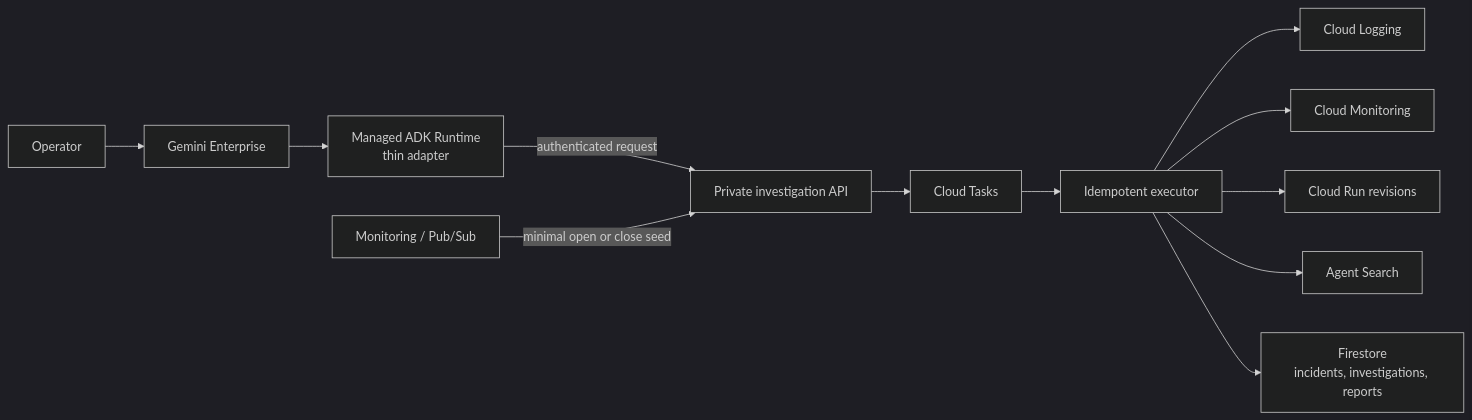
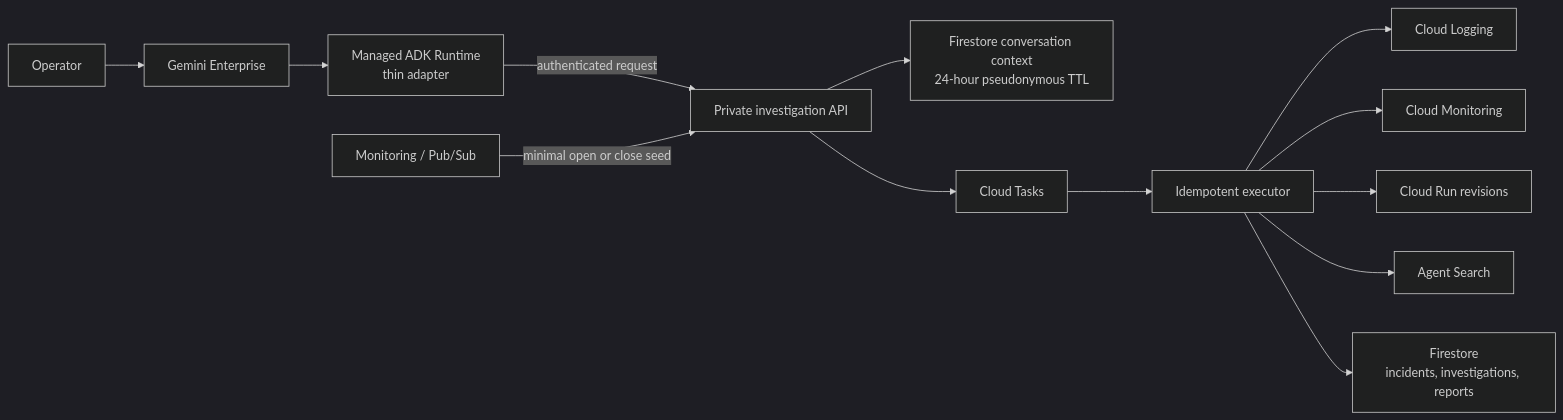
Before and after one commit to rhdqngo/opspilot: the first of 2 diagrams in docs/portfolio/architecture.md, drawn with Mermaid (dark theme). The commit also changed other lines of this file and 16 other files, not shown here.

````diff
--- a/docs/portfolio/architecture.md
+++ b/docs/portfolio/architecture.md
@@ -7,14 +7,15 @@
 ```mermaid
 flowchart LR
     U["Operator"] --> GE["Gemini Enterprise"]
     GE --> RT["Managed ADK Runtime\nthin adapter"]
     RT -->|"authenticated request"| API["Private investigation API"]
+    API --> CTX["Firestore conversation context\n24-hour pseudonymous TTL"]
     API --> T["Cloud Tasks"]
     T --> EX["Idempotent executor"]
     EX --> L["Cloud Logging"]
     EX --> M["Cloud Monitoring"]
     EX --> C["Cloud Run revisions"]
     EX --> K["Agent Search"]
     EX --> FS["Firestore\nincidents, investigations, reports"]
     PS["Monitoring / Pub/Sub"] -->|"minimal open or close seed"| API
 ```
````
